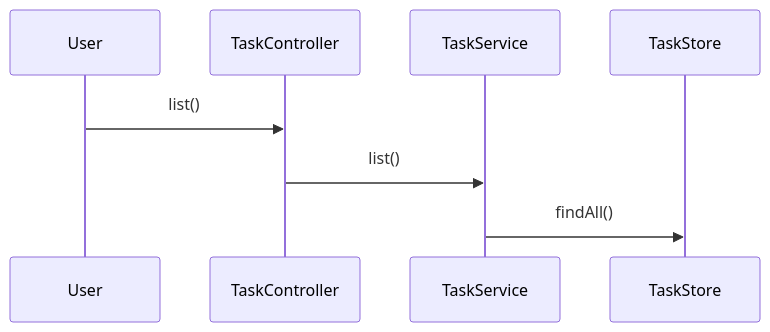
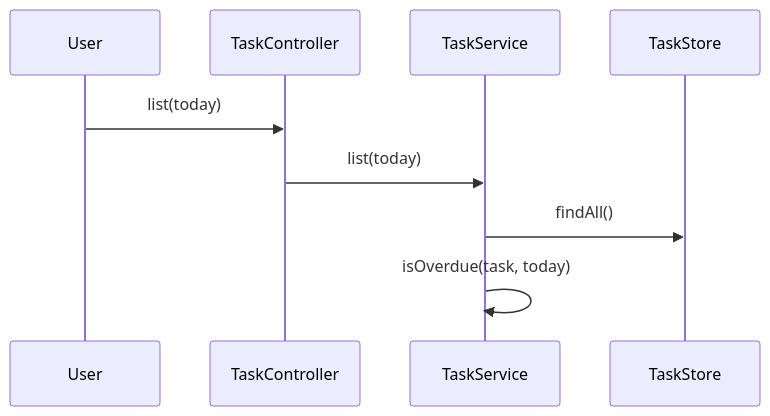
The third of 8 diagrams in showcases/todo/docs/design.md (Benjam1nP/AISE), drawn with Mermaid before and after one commit. The commit also changed other lines of this file and 74 other files, not shown here.

````diff
--- a/showcases/todo/docs/design.md
+++ b/showcases/todo/docs/design.md
@@ -76,10 +85,11 @@
 ```mermaid
 sequenceDiagram
   participant ACT_001 as User
   participant DSN_006 as TaskController
   participant DSN_007 as TaskService
   participant DSN_008 as TaskStore
-  ACT_001->>DSN_006: list()
-  DSN_006->>DSN_007: list()
+  ACT_001->>DSN_006: list(today)
+  DSN_006->>DSN_007: list(today)
   DSN_007->>DSN_008: findAll()
+  DSN_007->>DSN_007: isOverdue(task, today)
 ```
````
